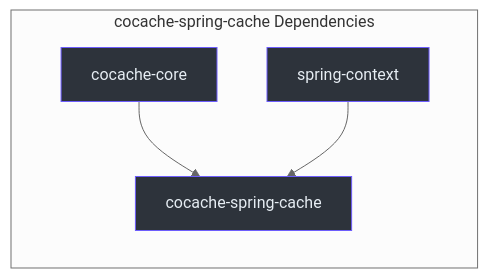
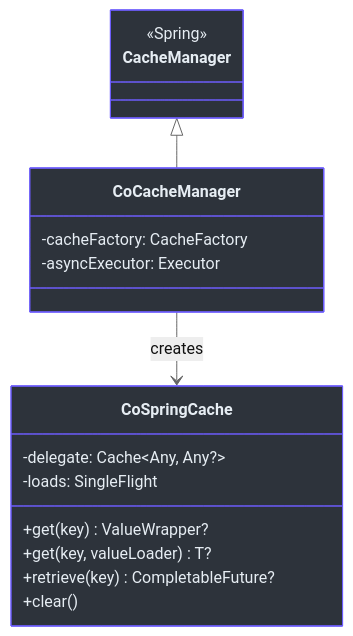
Before and after one commit to Ahoo-Wang/CoCache: the first of 2 diagrams in wiki/modules/cocache-spring-cache.md, drawn with Mermaid (neutral theme). The commit also changed other lines of this file and 256 other files, not shown here.

First line of the commit message:
refactor!: rebuild coherence core for 5.0 (bounded staleness, explicit negative cache) (#575)

````diff
--- a/wiki/modules/cocache-spring-cache.md
+++ b/wiki/modules/cocache-spring-cache.md
@@ -12,18 +17,24 @@
 ```mermaid
-graph LR
-    subgraph sg_44 ["cocache-spring-cache Dependencies"]
+classDiagram
+    class CacheManager {
+        <<Spring>>
+    }
+    class CoCacheManager {
+        -cacheFactory: CacheFactory
+        -asyncExecutor: Executor
+    }
+    class CoSpringCache {
+        -delegate: Cache~Any, Any?~
+        -loads: SingleFlight
+        +get(key) ValueWrapper?
+        +get(key, valueLoader) T?
+        +retrieve(key) CompletableFuture?
+        +clear()
+    }
+    CacheManager <|-- CoCacheManager
+    CoCacheManager --> CoSpringCache : creates
 
-        core["cocache-core"]
-        style core fill:#2d333b,stroke:#6d5dfc,color:#e6edf3
-
-        spring_cache["cocache-spring-cache"]
-        style spring_cache fill:#2d333b,stroke:#6d5dfc,color:#e6edf3
-
-        spring_ctx["spring-context"]
-        style spring_ctx fill:#2d333b,stroke:#6d5dfc,color:#e6edf3
-
-        core --> spring_cache
-        spring_ctx --> spring_cache
-    end
-
+    style CacheManager fill:#2d333b,stroke:#6d5dfc,color:#e6edf3
+    style CoCacheManager fill:#2d333b,stroke:#6d5dfc,color:#e6edf3
+    style CoSpringCache fill:#2d333b,stroke:#6d5dfc,color:#e6edf3
 ```
````
